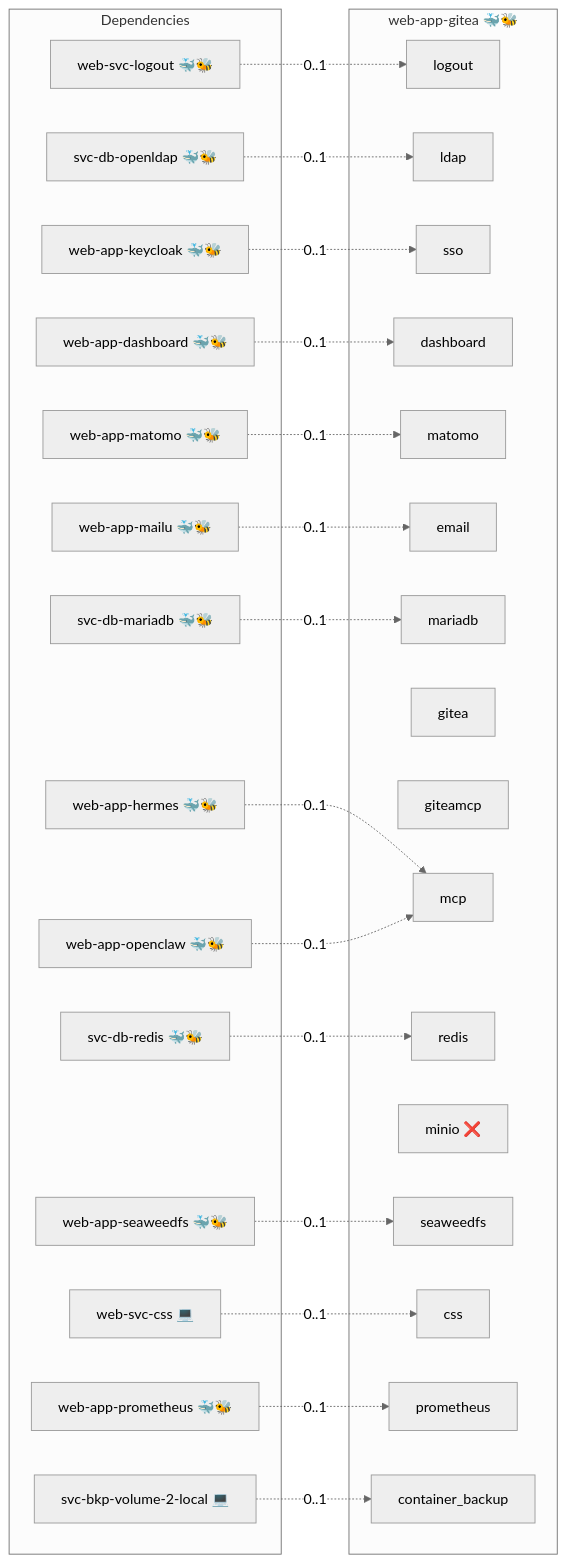
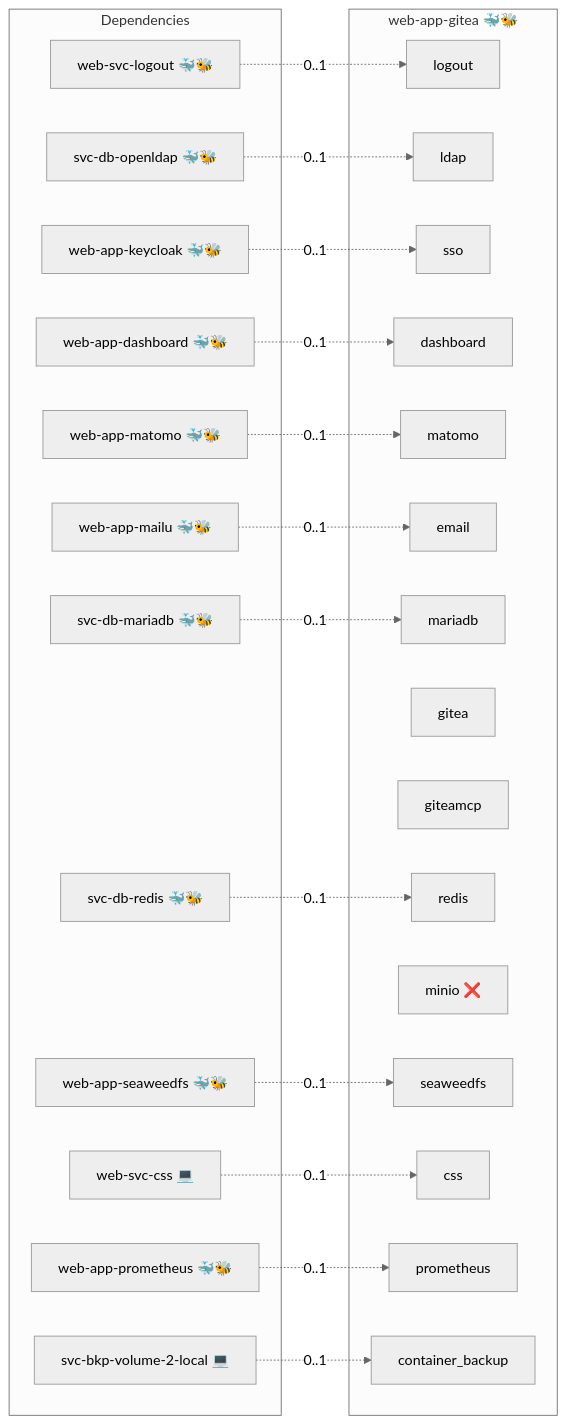
The diagram in roles/web-app-gitea/README.md (infinito-nexus/core), drawn with Mermaid (neutral theme) before and after one commit. The commit also changed other lines of this file and 142 other files, not shown here.

````diff
--- a/roles/web-app-gitea/README.md
+++ b/roles/web-app-gitea/README.md
@@ -15,51 +15,46 @@
 ```mermaid
 flowchart LR
     subgraph deps [Dependencies]
         dep_svc_bkp_volume_2_local["svc-bkp-volume-2-local 💻"]
         dep_svc_db_mariadb["svc-db-mariadb 🐳🐝"]
         dep_svc_db_openldap["svc-db-openldap 🐳🐝"]
         dep_svc_db_redis["svc-db-redis 🐳🐝"]
         dep_web_app_dashboard["web-app-dashboard 🐳🐝"]
-        dep_web_app_hermes["web-app-hermes 🐳🐝"]
         dep_web_app_keycloak["web-app-keycloak 🐳🐝"]
         dep_web_app_mailu["web-app-mailu 🐳🐝"]
         dep_web_app_matomo["web-app-matomo 🐳🐝"]
-        dep_web_app_openclaw["web-app-openclaw 🐳🐝"]
         dep_web_app_prometheus["web-app-prometheus 🐳🐝"]
         dep_web_app_seaweedfs["web-app-seaweedfs 🐳🐝"]
         dep_web_svc_css["web-svc-css 💻"]
         dep_web_svc_logout["web-svc-logout 🐳🐝"]
     end
     subgraph role [web-app-gitea 🐳🐝]
         svc_logout["logout"]
         svc_ldap["ldap"]
         svc_sso["sso"]
         svc_dashboard["dashboard"]
         svc_matomo["matomo"]
         svc_email["email"]
         svc_mariadb["mariadb"]
         svc_gitea["gitea"]
         svc_giteamcp["giteamcp"]
-        svc_mcp["mcp"]
         svc_redis["redis"]
         svc_minio["minio ❌"]
         svc_seaweedfs["seaweedfs"]
         svc_css["css"]
         svc_prometheus["prometheus"]
         svc_container_backup["container_backup"]
     end
     dep_svc_bkp_volume_2_local -. "0..1" .-> svc_container_backup
     dep_svc_db_mariadb -. "0..1" .-> svc_mariadb
     dep_svc_db_openldap -. "0..1" .-> svc_ldap
     dep_svc_db_redis -. "0..1" .-> svc_redis
     dep_web_app_dashboard -. "0..1" .-> svc_dashboard
-    dep_web_app_hermes -. "0..1" .-> svc_mcp
     dep_web_app_keycloak -. "0..1" .-> svc_sso
     dep_web_app_mailu -. "0..1" .-> svc_email
     dep_web_app_matomo -. "0..1" .-> svc_matomo
-    dep_web_app_openclaw -. "0..1" .-> svc_mcp
     dep_web_app_prometheus -. "0..1" .-> svc_prometheus
     dep_web_app_seaweedfs -. "0..1" .-> svc_seaweedfs
     dep_web_svc_css -. "0..1" .-> svc_css
     dep_web_svc_logout -. "0..1" .-> svc_logout
 ```
````
